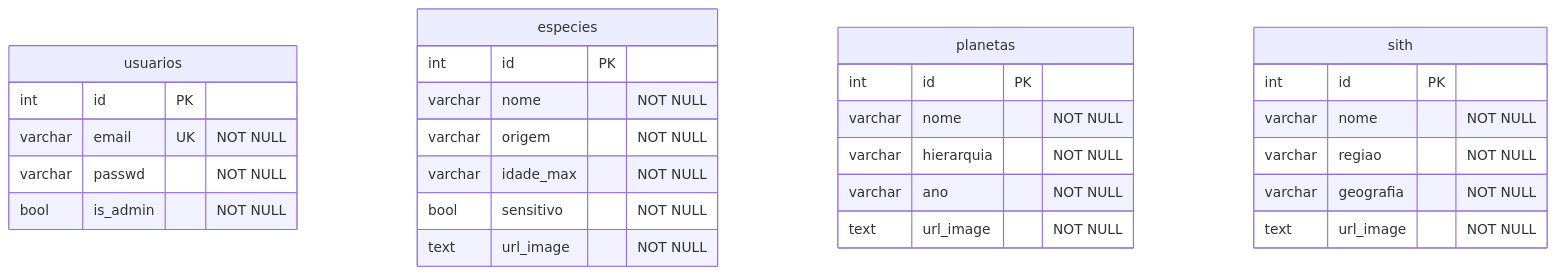
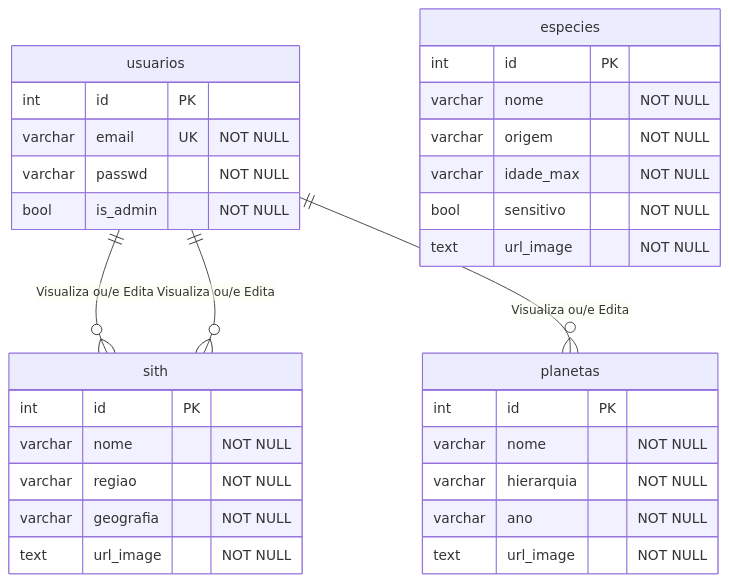
Before and after one commit to FelipeFerreiraRodrigues/arq_jedi: the diagram in readme.md, drawn with Mermaid. The commit also changed other lines of this file, not shown here.

Commit message:
Atualizando o README
Updated the Git clone command with the correct repository URL and added relationships in the database schema.

````diff
--- a/readme.md
+++ b/readme.md
@@ -246,36 +246,40 @@
 ```mermaid
 erDiagram
 
     usuarios {
         int id PK
         varchar email UK "NOT NULL"
         varchar passwd "NOT NULL"
         bool is_admin "NOT NULL"
     }
 
     especies {
         int id PK
         varchar nome "NOT NULL"
         varchar origem "NOT NULL"
         varchar idade_max "NOT NULL"
         bool sensitivo "NOT NULL"
         text url_image "NOT NULL"
     }
 
     planetas {
         int id PK
         varchar nome "NOT NULL"
         varchar hierarquia "NOT NULL"
         varchar ano "NOT NULL"
         text url_image "NOT NULL"
     }
 
     sith {
         int id PK
         varchar nome "NOT NULL"
         varchar regiao "NOT NULL"
         varchar geografia "NOT NULL"
         text url_image "NOT NULL"
     }
 
+    usuarios ||--o{sith : "Visualiza ou/e Edita"
+    usuarios ||--o{planetas : "Visualiza ou/e Edita"
+    usuarios ||--o{sith : "Visualiza ou/e Edita"
+
 ```
````
